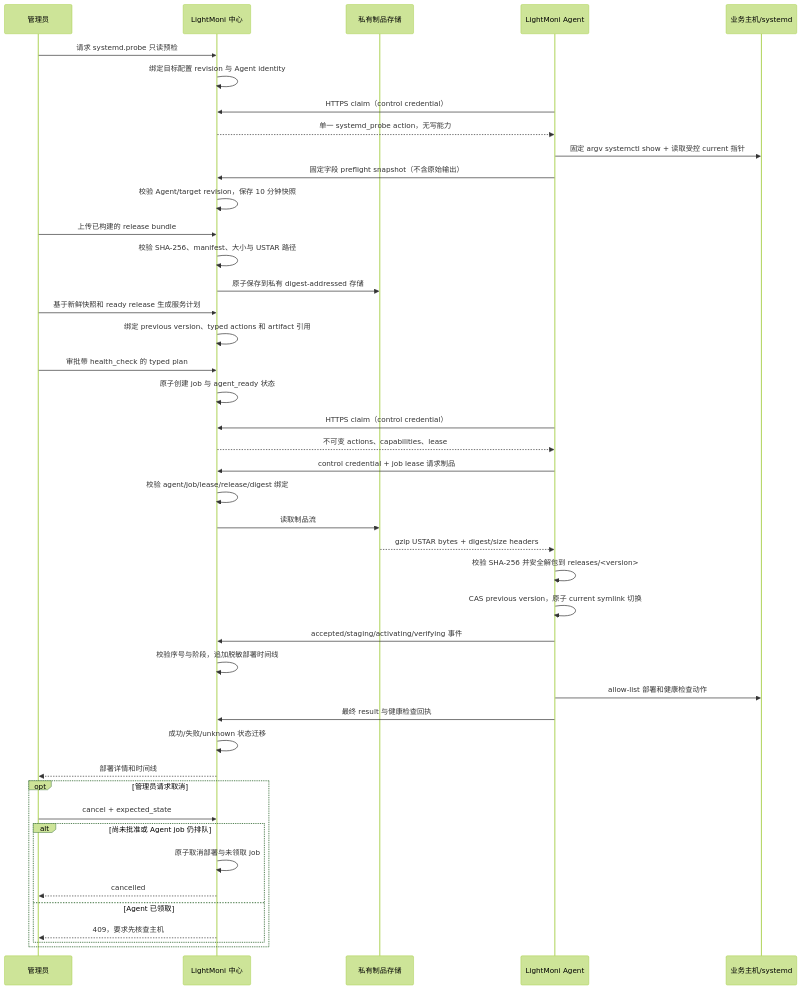
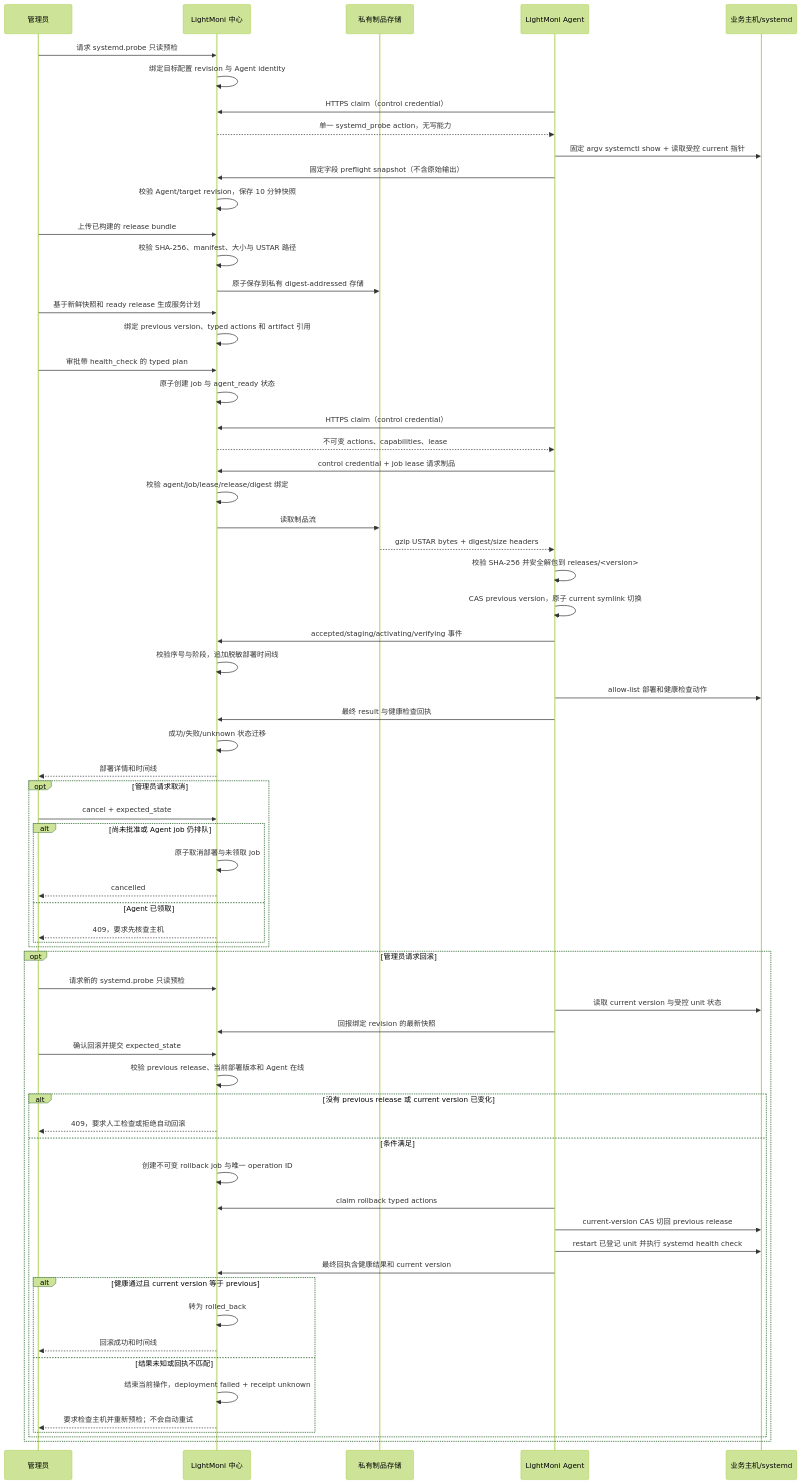
Before and after one commit to workhold/lightmoni: the third of 5 diagrams in docs/system-design.md, drawn with Mermaid (forest theme). The commit also changed other lines of this file and 17 other files, not shown here.

Commit message:
fix: harden systemd rollback recovery

````diff
--- a/docs/system-design.md
+++ b/docs/system-design.md
@@ -221,45 +222,68 @@
 ```mermaid
 sequenceDiagram
   participant Admin as 管理员
   participant Center as LightMoni 中心
   participant Artifact as 私有制品存储
   participant Agent as LightMoni Agent
   participant Host as 业务主机/systemd
   Admin->>Center: 请求 systemd.probe 只读预检
   Center->>Center: 绑定目标配置 revision 与 Agent identity
   Agent->>Center: HTTPS claim（control credential）
   Center-->>Agent: 单一 systemd_probe action，无写能力
   Agent->>Host: 固定 argv systemctl show + 读取受控 current 指针
   Agent->>Center: 固定字段 preflight snapshot（不含原始输出）
   Center->>Center: 校验 Agent/target revision，保存 10 分钟快照
   Admin->>Center: 上传已构建的 release bundle
   Center->>Center: 校验 SHA-256、manifest、大小与 USTAR 路径
   Center->>Artifact: 原子保存到私有 digest-addressed 存储
   Admin->>Center: 基于新鲜快照和 ready release 生成服务计划
   Center->>Center: 绑定 previous version、typed actions 和 artifact 引用
   Admin->>Center: 审批带 health_check 的 typed plan
   Center->>Center: 原子创建 job 与 agent_ready 状态
   Agent->>Center: HTTPS claim（control credential）
   Center-->>Agent: 不可变 actions、capabilities、lease
   Agent->>Center: control credential + job lease 请求制品
   Center->>Center: 校验 agent/job/lease/release/digest 绑定
   Center->>Artifact: 读取制品流
   Artifact-->>Agent: gzip USTAR bytes + digest/size headers
   Agent->>Agent: 校验 SHA-256 并安全解包到 releases/<version>
   Agent->>Agent: CAS previous version，原子 current symlink 切换
   Agent->>Center: accepted/staging/activating/verifying 事件
   Center->>Center: 校验序号与阶段，追加脱敏部署时间线
   Agent->>Host: allow-list 部署和健康检查动作
   Agent->>Center: 最终 result 与健康检查回执
   Center->>Center: 成功/失败/unknown 状态迁移
   Center-->>Admin: 部署详情和时间线
   opt 管理员请求取消
     Admin->>Center: cancel + expected_state
     alt 尚未批准或 Agent job 仍排队
       Center->>Center: 原子取消部署与未领取 job
       Center-->>Admin: cancelled
     else Agent 已领取
       Center-->>Admin: 409，要求先核查主机
     end
   end
+  opt 管理员请求回滚
+    Admin->>Center: 请求新的 systemd.probe 只读预检
+    Agent->>Host: 读取 current version 与受控 unit 状态
+    Agent->>Center: 回报绑定 revision 的最新快照
+    Admin->>Center: 确认回滚并提交 expected_state
+    Center->>Center: 校验 previous release、当前部署版本和 Agent 在线
+    alt 没有 previous release 或 current version 已变化
+      Center-->>Admin: 409，要求人工检查或拒绝自动回滚
+    else 条件满足
+      Center->>Center: 创建不可变 rollback job 与唯一 operation ID
+      Agent->>Center: claim rollback typed actions
+      Agent->>Host: current-version CAS 切回 previous release
+      Agent->>Host: restart 已登记 unit 并执行 systemd health check
+      Agent->>Center: 最终回执含健康结果和 current version
+      alt 健康通过且 current version 等于 previous
+        Center->>Center: 转为 rolled_back
+        Center-->>Admin: 回滚成功和时间线
+      else 结果未知或回执不匹配
+        Center->>Center: 结束当前操作，deployment failed + receipt unknown
+        Center-->>Admin: 要求检查主机并重新预检；不会自动重试
+      end
+    end
+  end
 ```
````
